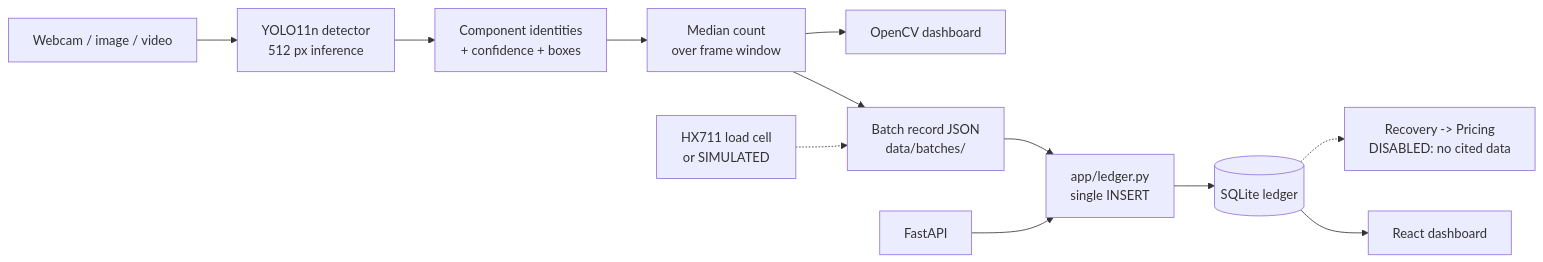
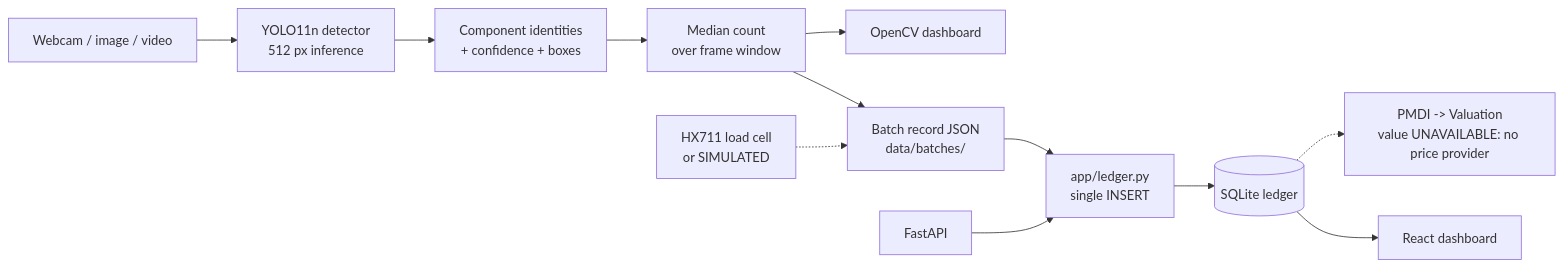
The diagram in docs/architecture.md (parth-sharma-10/aurum), drawn with Mermaid before and after one commit. The commit also changed other lines of this file and 14 other files, not shown here.

First line of the commit message:
feat: implement PMDI valuation and pricing abstraction

````diff
--- a/docs/architecture.md
+++ b/docs/architecture.md
@@ -9,14 +9,14 @@
 ```mermaid
 flowchart LR
     CAM[Webcam / image / video] --> DET[YOLO11n detector<br/>512 px inference]
     DET --> ID[Component identities<br/>+ confidence + boxes]
     ID --> CNT[Median count<br/>over frame window]
     CNT --> REC[Batch record JSON<br/>data/batches/]
     W[HX711 load cell<br/>or SIMULATED] -.-> REC
     CNT --> UI[OpenCV dashboard]
     REC --> LED[app/ledger.py<br/>single INSERT]
     API[FastAPI] --> LED
     LED --> DB[(SQLite ledger)]
     DB --> WEB[React dashboard]
-    DB -.-> VAL[Recovery -> Pricing<br/>DISABLED: no cited data]
+    DB -.-> VAL[PMDI -> Valuation<br/>value UNAVAILABLE: no price provider]
 ```
````
